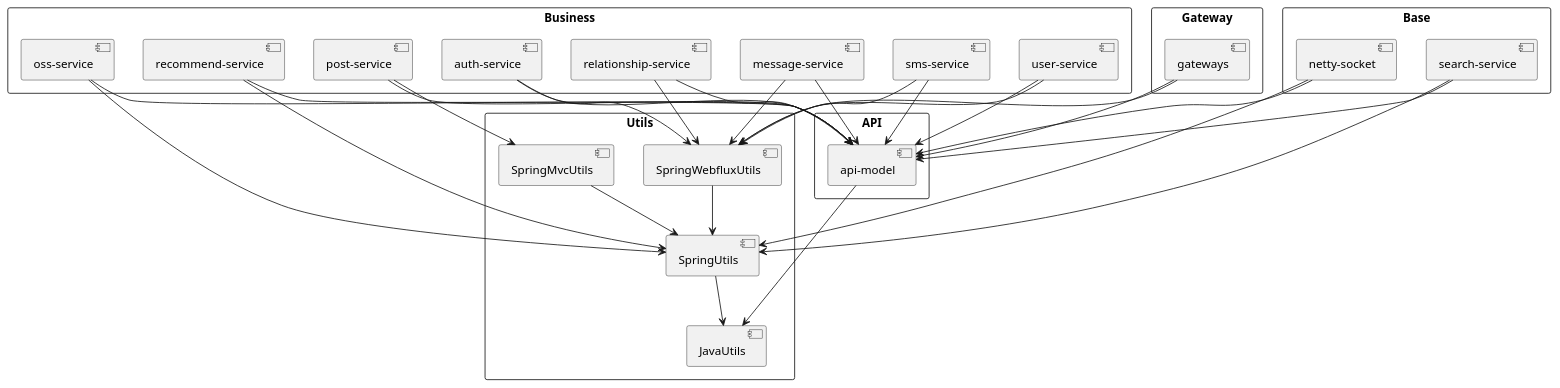
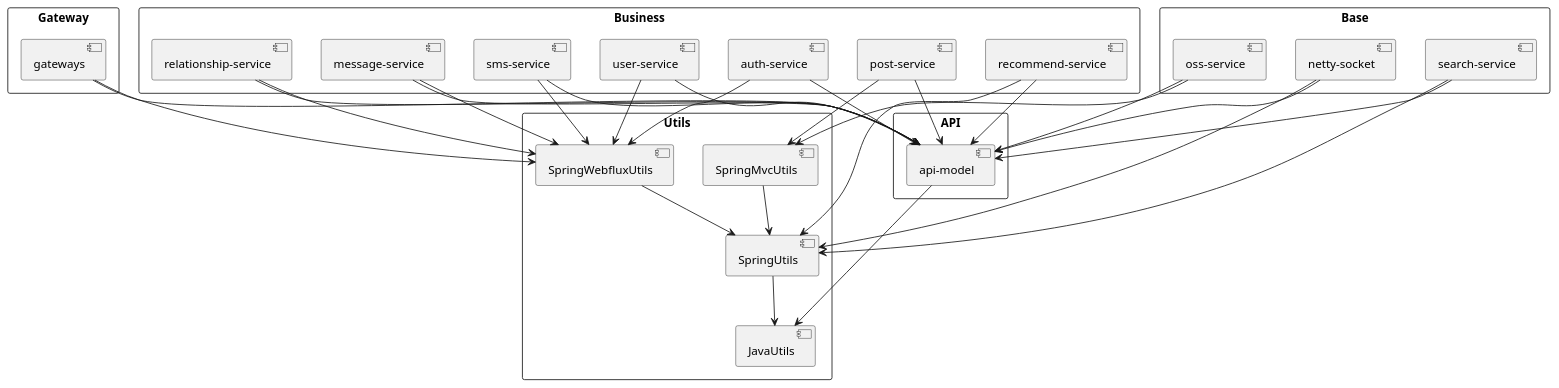
Before and after one commit to nangong918/SmartMedicine-App: the diagram in spring-server/docs/maven依赖树.puml, drawn with PlantUML. The commit also changed 20 other files, not shown here.

Commit message:
feat(oss-service): oss迁移回来

```diff
--- a/spring-server/docs/maven依赖树.puml
+++ b/spring-server/docs/maven依赖树.puml
@@ -1,71 +1,72 @@
 @startuml
 skinparam packageStyle rectangle
 
 package "Utils" {
     [JavaUtils]
     [SpringUtils]
     [SpringMvcUtils]
     [SpringWebfluxUtils]
 
     [SpringUtils] --> [JavaUtils]
     [SpringMvcUtils] --> [SpringUtils]
     [SpringWebfluxUtils] --> [SpringUtils]
 }
 
 package "API" {
     [api-model]
     [api-model] --> [JavaUtils]
 }
 
 package "Gateway" {
     [gateways]
     [gateways] --> [SpringWebfluxUtils]
     [gateways] --> [api-model]
 }
 
 package "Base" {
     [netty-socket]
     [search-service]
+    [oss-service]
 
     [netty-socket] --> [SpringUtils]
     [netty-socket] --> [api-model]
     [search-service] --> [SpringUtils]
     [search-service] --> [api-model]
+
+    [oss-service] --> [SpringMvcUtils]
+    [oss-service] --> [api-model]
 }
 
 package "Business" {
     [auth-service]
     [user-service]
     [sms-service]
     [message-service]
     [relationship-service]
     [post-service]
-    [oss-service]
+
     [recommend-service]
 
     [auth-service] --> [SpringWebfluxUtils]
     [auth-service] --> [api-model]
 
     [user-service] --> [SpringWebfluxUtils]
     [user-service] --> [api-model]
 
     [sms-service] --> [SpringWebfluxUtils]
     [sms-service] --> [api-model]
 
     [message-service] --> [SpringWebfluxUtils]
     [message-service] --> [api-model]
 
     [relationship-service] --> [SpringWebfluxUtils]
     [relationship-service] --> [api-model]
 
     [post-service] --> [SpringMvcUtils]
     [post-service] --> [api-model]
 
-    [oss-service] --> [SpringUtils]
-    [oss-service] --> [api-model]
-
     [recommend-service] --> [SpringUtils]
     [recommend-service] --> [api-model]
 }
 
 @enduml
```
